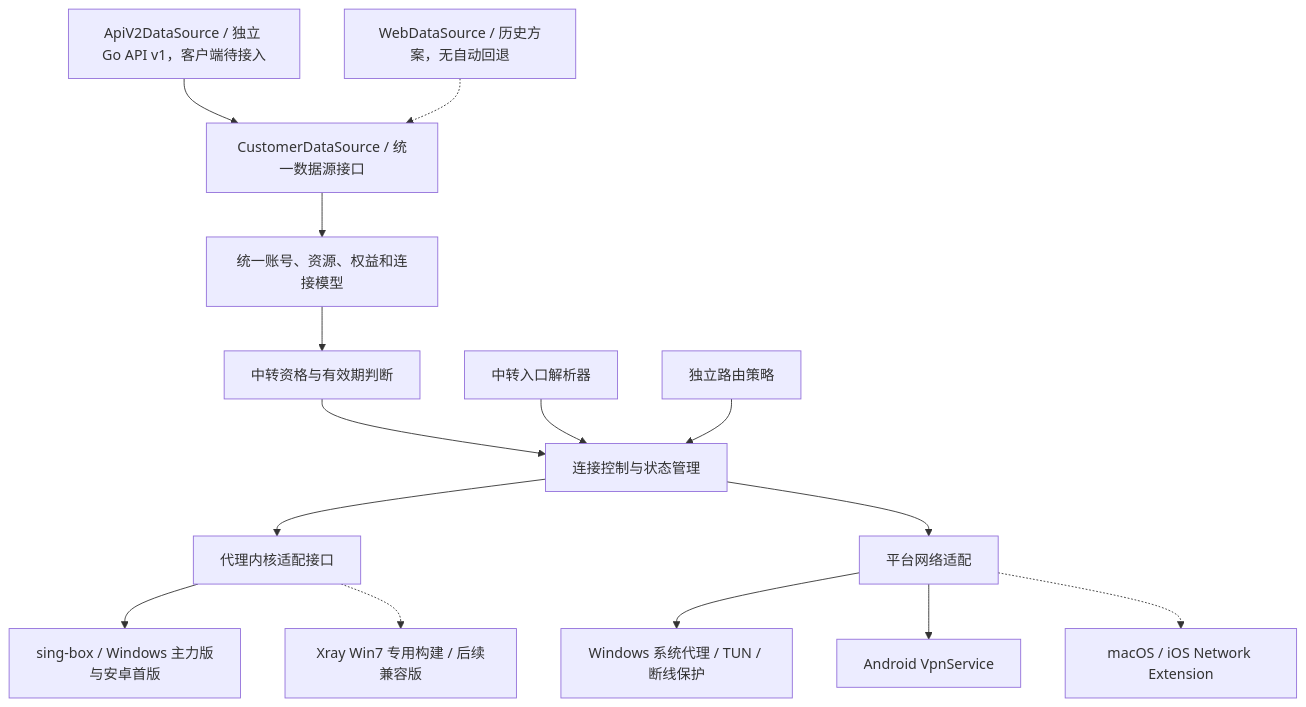
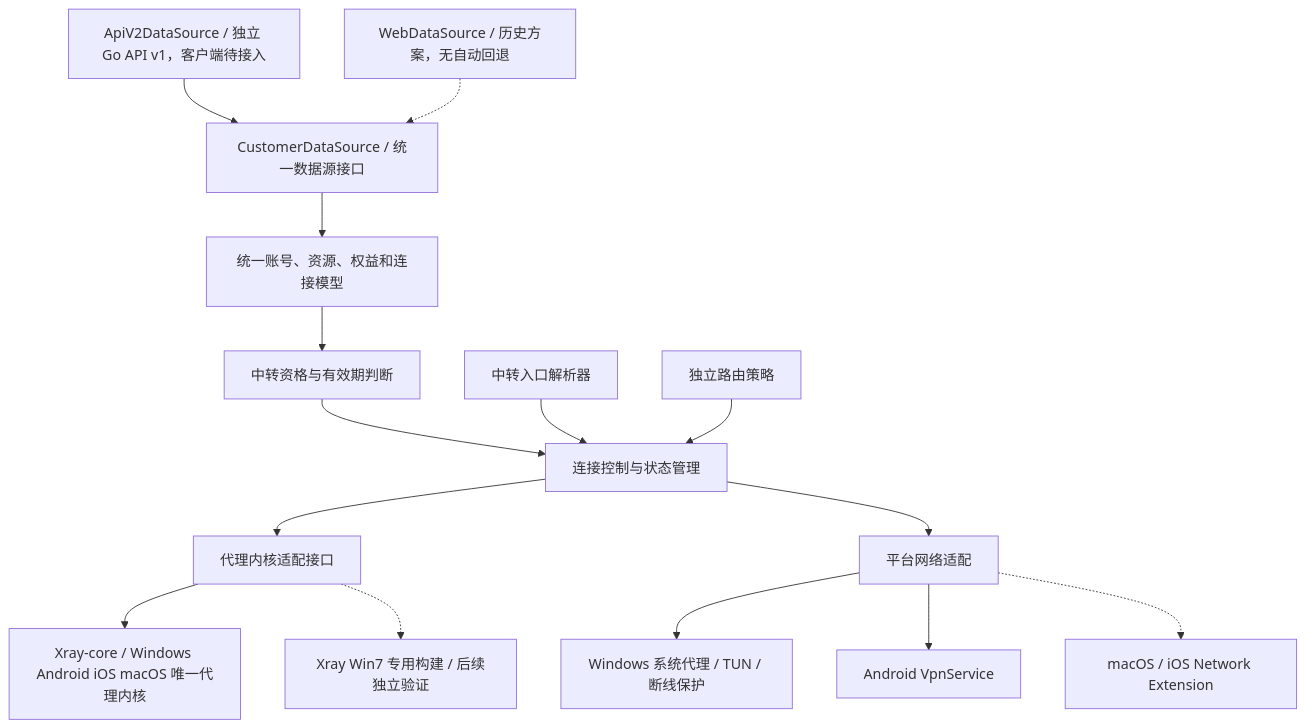
Before and after one commit to BlueGrassN/BlueGrass: the diagram in docs/superpowers/specs/2026-10-10-sunipip-client-design.md, drawn with Mermaid. The commit also changed other lines of this file and 1258 other files, not shown here.

````diff
--- a/docs/superpowers/specs/2026-10-10-sunipip-client-design.md
+++ b/docs/superpowers/specs/2026-10-10-sunipip-client-design.md
@@ -45,17 +62,17 @@
 ```mermaid
 flowchart TD
     Api[ApiV2DataSource / 独立 Go API v1，客户端待接入] --> Source[CustomerDataSource / 统一数据源接口]
     Web[WebDataSource / 历史方案，无自动回退] -.-> Source
     Source --> Model[统一账号、资源、权益和连接模型]
     Model --> Eligibility[中转资格与有效期判断]
     Eligibility --> Controller[连接控制与状态管理]
     Resolver[中转入口解析器] --> Controller
     Policy[独立路由策略] --> Controller
     Controller --> Engine[代理内核适配接口]
-    Engine --> Sing[sing-box / Windows 主力版与安卓首版]
-    Engine -.-> Xray[Xray Win7 专用构建 / 后续兼容版]
+    Engine --> Xray[Xray-core / Windows Android iOS macOS 唯一代理内核]
+    Engine -.-> Win7[Xray Win7 专用构建 / 后续独立验证]
     Controller --> Platform[平台网络适配]
     Platform --> Windows[Windows 系统代理 / TUN / 断线保护]
     Platform --> Android[Android VpnService]
     Platform -.-> Apple[macOS / iOS Network Extension]
 ```
````
